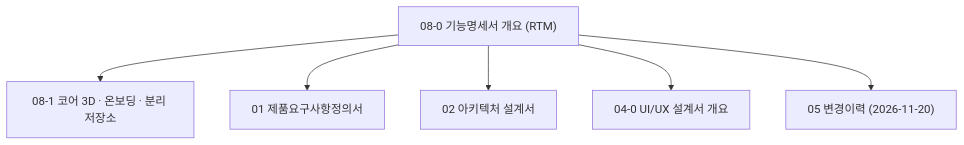
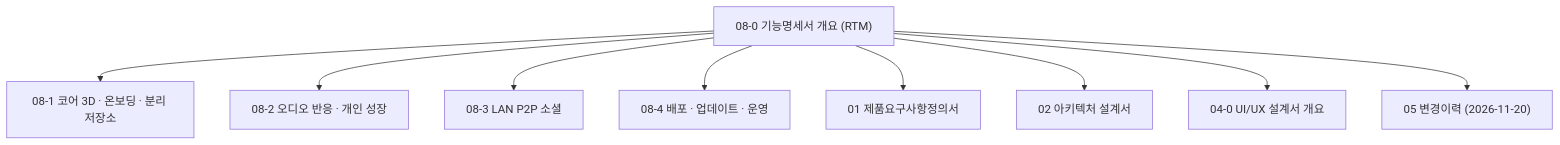
Before and after one commit to DJU-ADAS-LAB/LabPet: the diagram in docs/08_기능명세서/08-0_기능명세서_개요.md, drawn with Mermaid. The commit also changed other lines of this file and 16 other files, not shown here.

````diff
--- a/docs/08_기능명세서/08-0_기능명세서_개요.md
+++ b/docs/08_기능명세서/08-0_기능명세서_개요.md
@@ -28,8 +33,11 @@
 ```mermaid
 flowchart TD
     RTM["08-0 기능명세서 개요 (RTM)"] --> FT1["08-1 코어 3D · 온보딩 · 분리 저장소"]
+    RTM --> FT2["08-2 오디오 반응 · 개인 성장"]
+    RTM --> FT3["08-3 LAN P2P 소셜"]
+    RTM --> FT4["08-4 배포 · 업데이트 · 운영"]
     RTM --> PRD["01 제품요구사항정의서"]
     RTM --> ARCH["02 아키텍처 설계서"]
     RTM --> UI["04-0 UI/UX 설계서 개요"]
     RTM --> LOG["05 변경이력 (2026-11-20)"]
 ```
````
